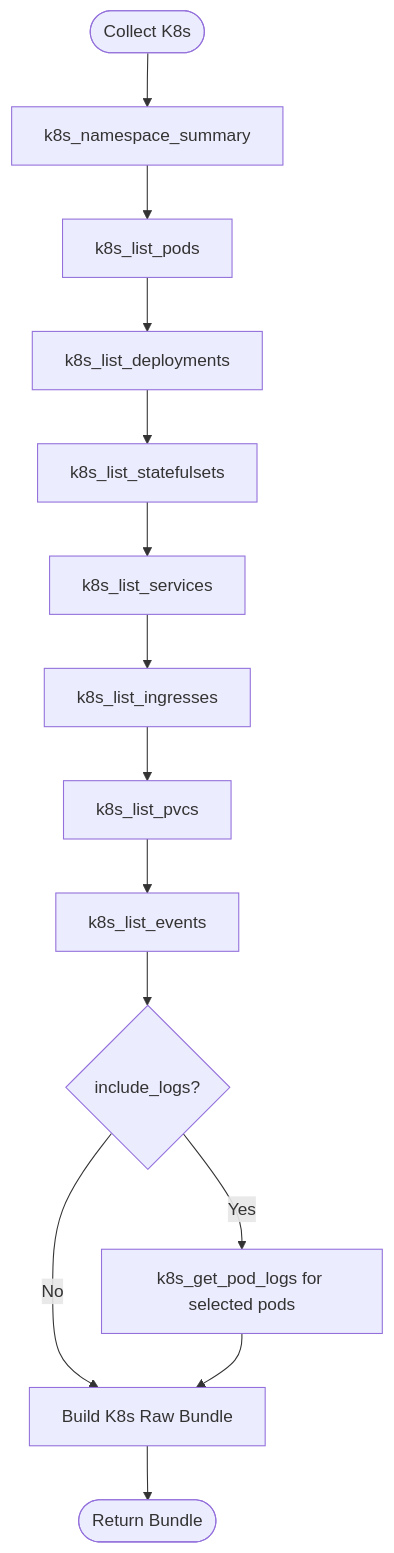
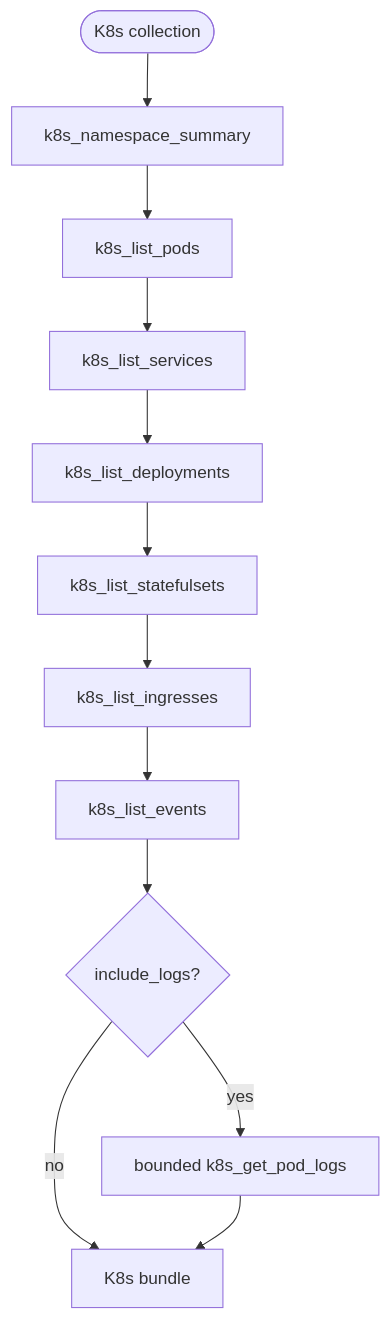
One commit to aveeshek/bosgenesis-k8s-data-ingestion-agent changed the third of 10 diagrams in docs/04_ALGORITHM_ANALYTICAL_MOP_AGENT.md. Above: the diagram before and after it, drawn with Mermaid. The commit also changed other lines of this file and 4 other files, not shown here.

````diff
--- a/docs/04_ALGORITHM_ANALYTICAL_MOP_AGENT.md
+++ b/docs/04_ALGORITHM_ANALYTICAL_MOP_AGENT.md
@@ -122,16 +68,14 @@
 ```mermaid
 flowchart TD
-    Start([Collect K8s]) --> Summary[k8s_namespace_summary]
-    Summary --> Pods[k8s_list_pods]
-    Pods --> Deploy[k8s_list_deployments]
-    Deploy --> Stateful[k8s_list_statefulsets]
-    Stateful --> Services[k8s_list_services]
-    Services --> Ingress[k8s_list_ingresses]
-    Ingress --> PVC[k8s_list_pvcs]
-    PVC --> Events[k8s_list_events]
-    Events --> Logs{include_logs?}
-    Logs -->|Yes| BoundedLogs[k8s_get_pod_logs for selected pods]
-    Logs -->|No| Bundle[Build K8s Raw Bundle]
-    BoundedLogs --> Bundle
-    Bundle --> End([Return Bundle])
+    Start([K8s collection]) --> Summary["k8s_namespace_summary"]
+    Summary --> Pods["k8s_list_pods"]
+    Pods --> Services["k8s_list_services"]
+    Services --> Deployments["k8s_list_deployments"]
+    Deployments --> Statefulsets["k8s_list_statefulsets"]
+    Statefulsets --> Ingresses["k8s_list_ingresses"]
+    Ingresses --> Events["k8s_list_events"]
+    Events --> Logs{"include_logs?"}
+    Logs -->|"yes"| PodLogs["bounded k8s_get_pod_logs"]
+    Logs -->|"no"| Bundle["K8s bundle"]
+    PodLogs --> Bundle
 ```
````
